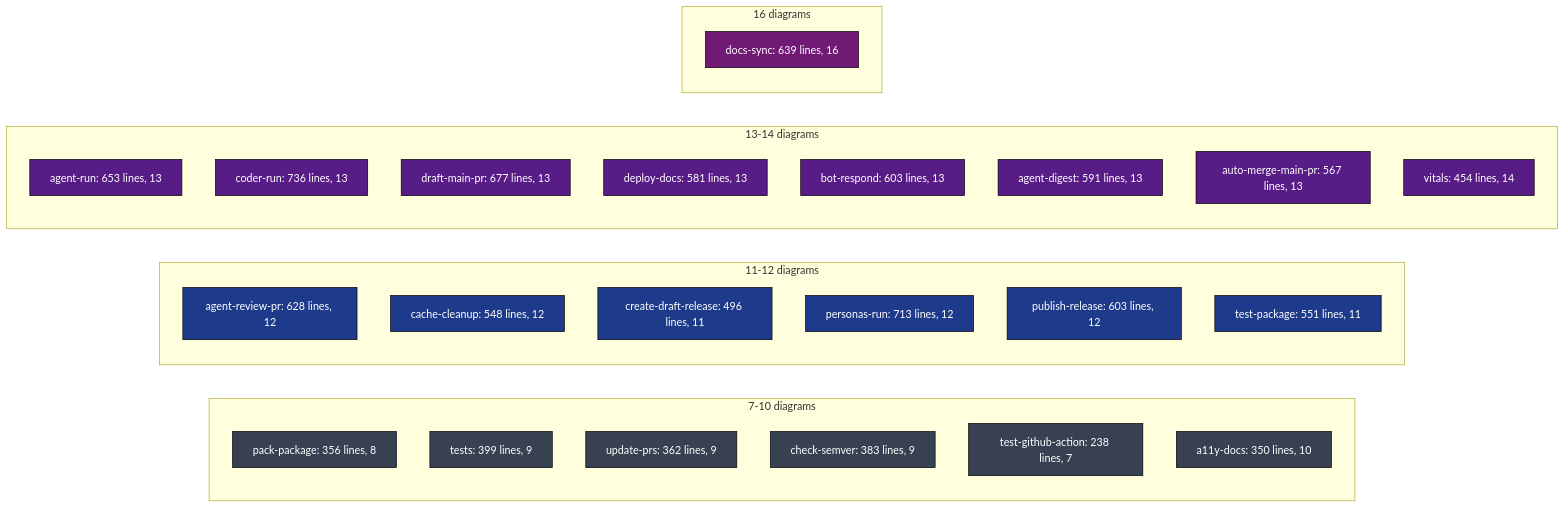
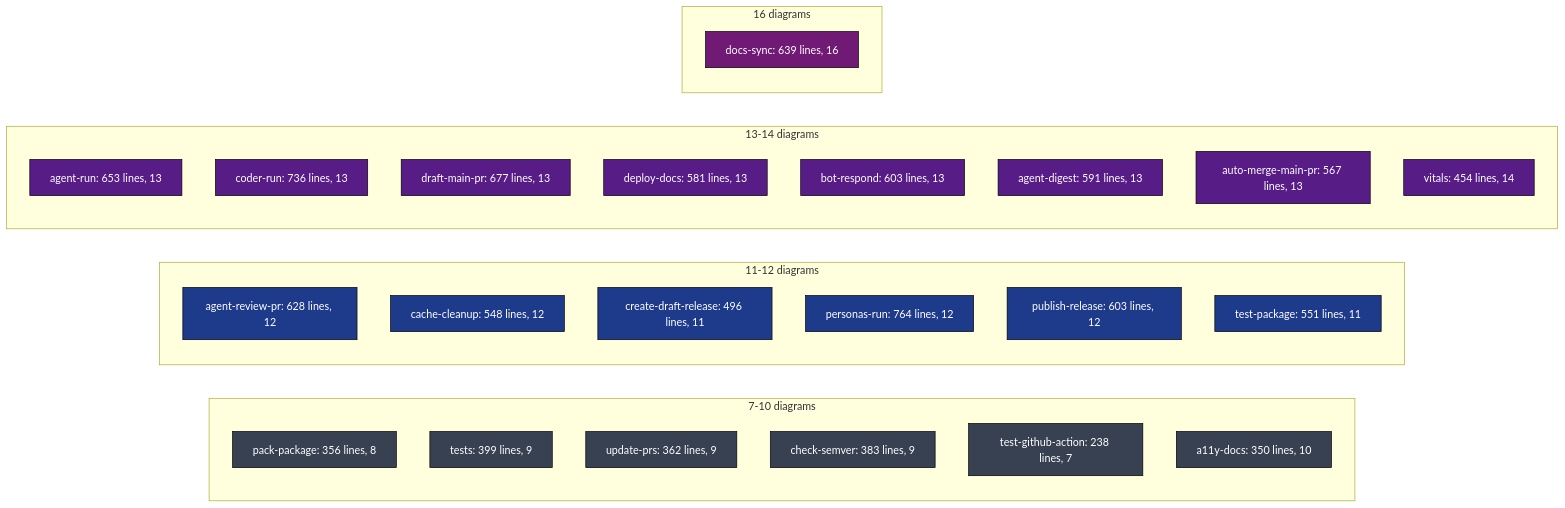
The second of 2 diagrams in .github/docs/WORKFLOWS_INDEX.md (llm-exe/llm-exe), drawn with Mermaid before and after one commit. The commit also changed 3 other files, not shown here.

Commit message:
docs: sync personas deep dive and architecture after personas-run.yml curator log artifact

````diff
--- a/.github/docs/WORKFLOWS_INDEX.md
+++ b/.github/docs/WORKFLOWS_INDEX.md
@@ -114,40 +114,40 @@
 ```mermaid
 flowchart LR
     classDef sm fill:#374151,color:#fff,stroke:#000
     classDef md fill:#1e3a8a,color:#fff,stroke:#000
     classDef lg fill:#581c87,color:#fff,stroke:#000
     classDef xl fill:#701a75,color:#fff,stroke:#000
 
     subgraph Small["7-10 diagrams"]
         S1["pack-package: 356 lines, 8"]:::sm
         S2["tests: 399 lines, 9"]:::sm
         S3["update-prs: 362 lines, 9"]:::sm
         S4["check-semver: 383 lines, 9"]:::sm
         S5["test-github-action: 238 lines, 7"]:::sm
         S6["a11y-docs: 350 lines, 10"]:::sm
     end
 
     subgraph Medium["11-12 diagrams"]
         M1["agent-review-pr: 628 lines, 12"]:::md
         M2["cache-cleanup: 548 lines, 12"]:::md
         M3["create-draft-release: 496 lines, 11"]:::md
-        M4["personas-run: 713 lines, 12"]:::md
+        M4["personas-run: 764 lines, 12"]:::md
         M5["publish-release: 603 lines, 12"]:::md
         M6["test-package: 551 lines, 11"]:::md
     end
 
     subgraph Large["13-14 diagrams"]
         L1["agent-run: 653 lines, 13"]:::lg
         L2["coder-run: 736 lines, 13"]:::lg
         L3["draft-main-pr: 677 lines, 13"]:::lg
         L4["deploy-docs: 581 lines, 13"]:::lg
         L5["bot-respond: 603 lines, 13"]:::lg
         L6["agent-digest: 591 lines, 13"]:::lg
         L7["auto-merge-main-pr: 567 lines, 13"]:::lg
         L8["vitals: 454 lines, 14"]:::lg
     end
 
     subgraph XL["16 diagrams"]
         X1["docs-sync: 639 lines, 16"]:::xl
     end
 ```
````
